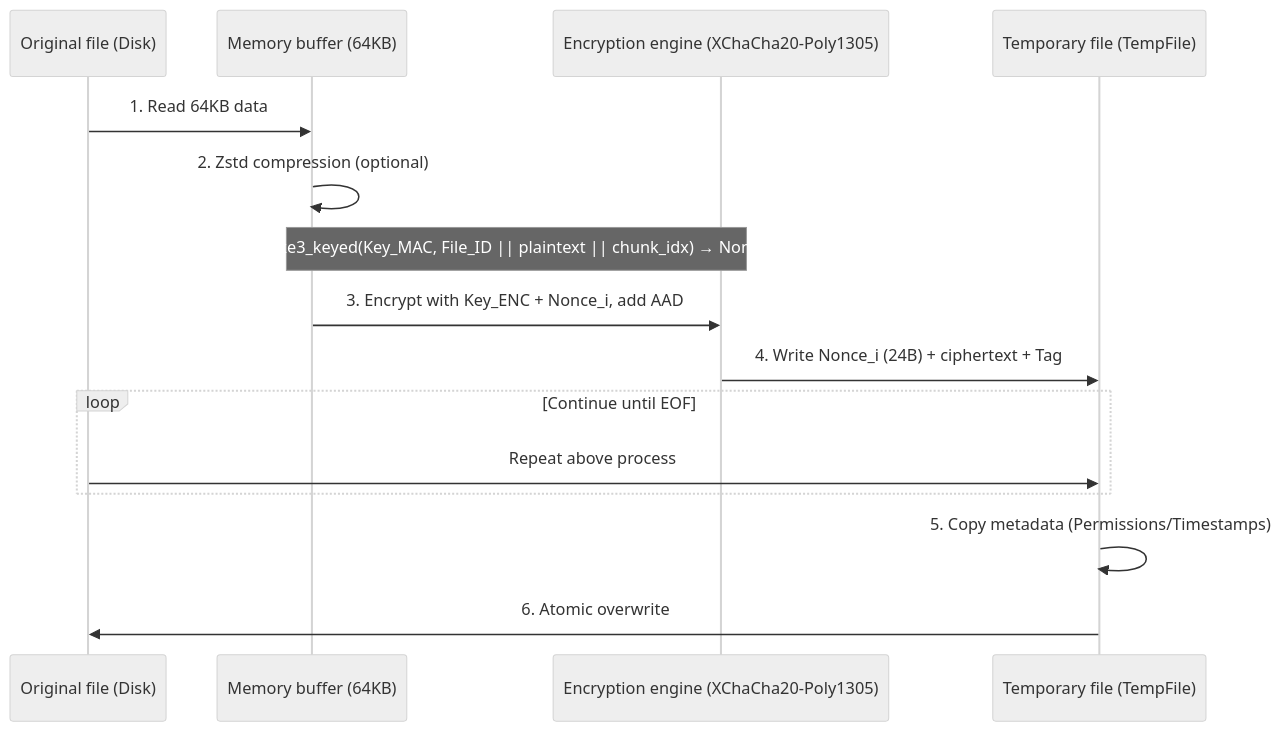
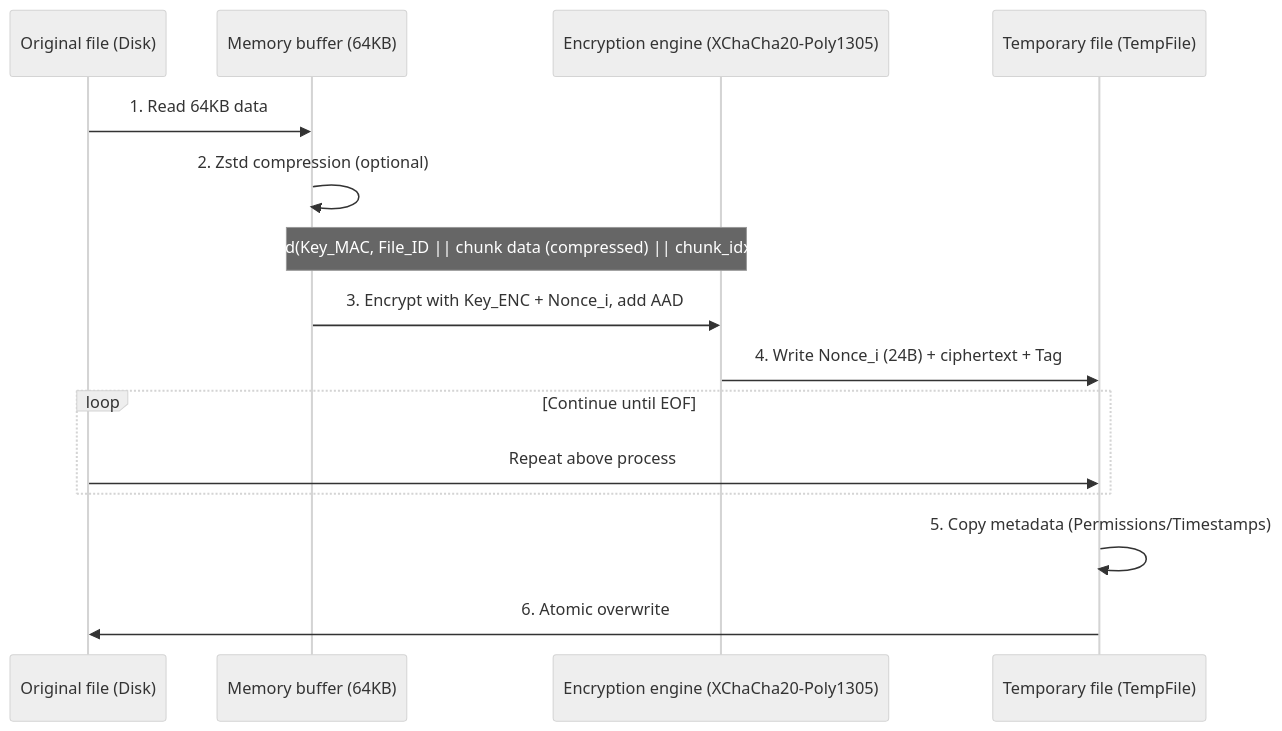
The diagram in README.md (lxl66566/git-simple-encrypt), drawn with Mermaid (neutral theme) before and after one commit. The commit also changed other lines of this file and 2 other files, not shown here.

First line of the commit message:
docs: sync header layout, parallel backend, nonce semantics, usage

````diff
--- a/README.md
+++ b/README.md
@@ -116,18 +123,18 @@
 ```mermaid
 sequenceDiagram
     participant F as Original file (Disk)
     participant M as Memory buffer (64KB)
     participant E as Encryption engine (XChaCha20-Poly1305)
     participant T as Temporary file (TempFile)
 
     F->>M: 1. Read 64KB data
     M->>M: 2. Zstd compression (optional)
-    Note over M,E: Blake3_keyed(Key_MAC, File_ID || plaintext || chunk_idx) → Nonce_i
+    Note over M,E: Blake3_keyed(Key_MAC, File_ID || chunk data (compressed) || chunk_idx) → Nonce_i
     M->>E: 3. Encrypt with Key_ENC + Nonce_i, add AAD
     E->>T: 4. Write Nonce_i (24B) + ciphertext + Tag
     loop Continue until EOF
         F->>T: Repeat above process
     end
     T->>T: 5. Copy metadata (Permissions/Timestamps)
     T->>F: 6. Atomic overwrite
 ```
````
